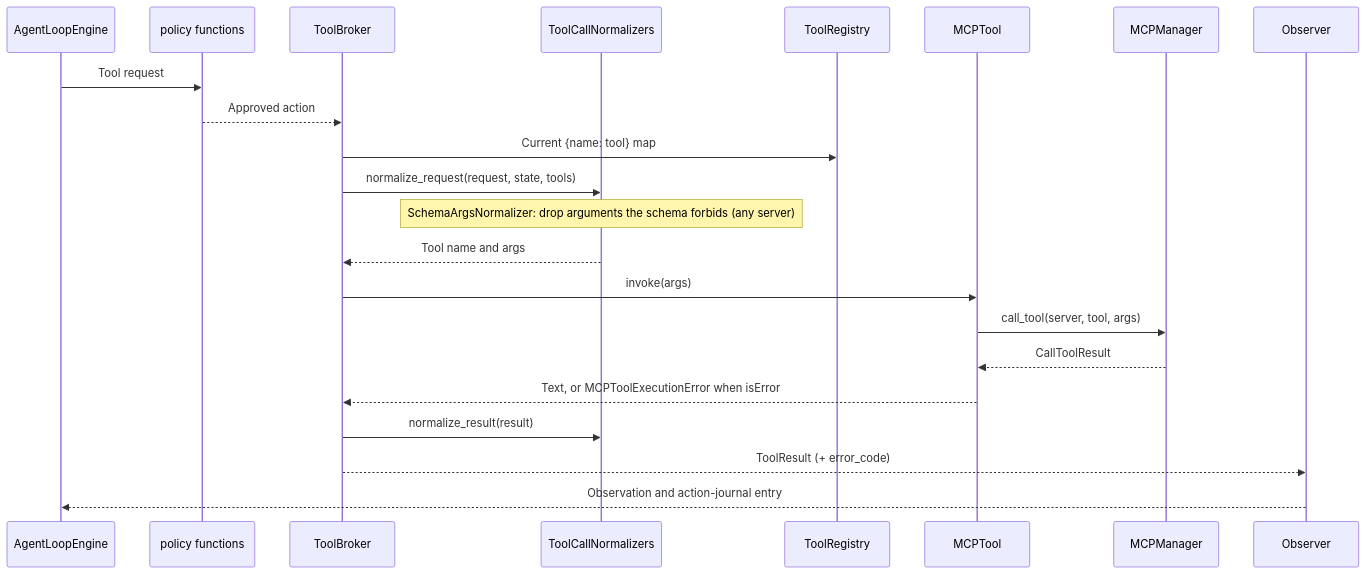
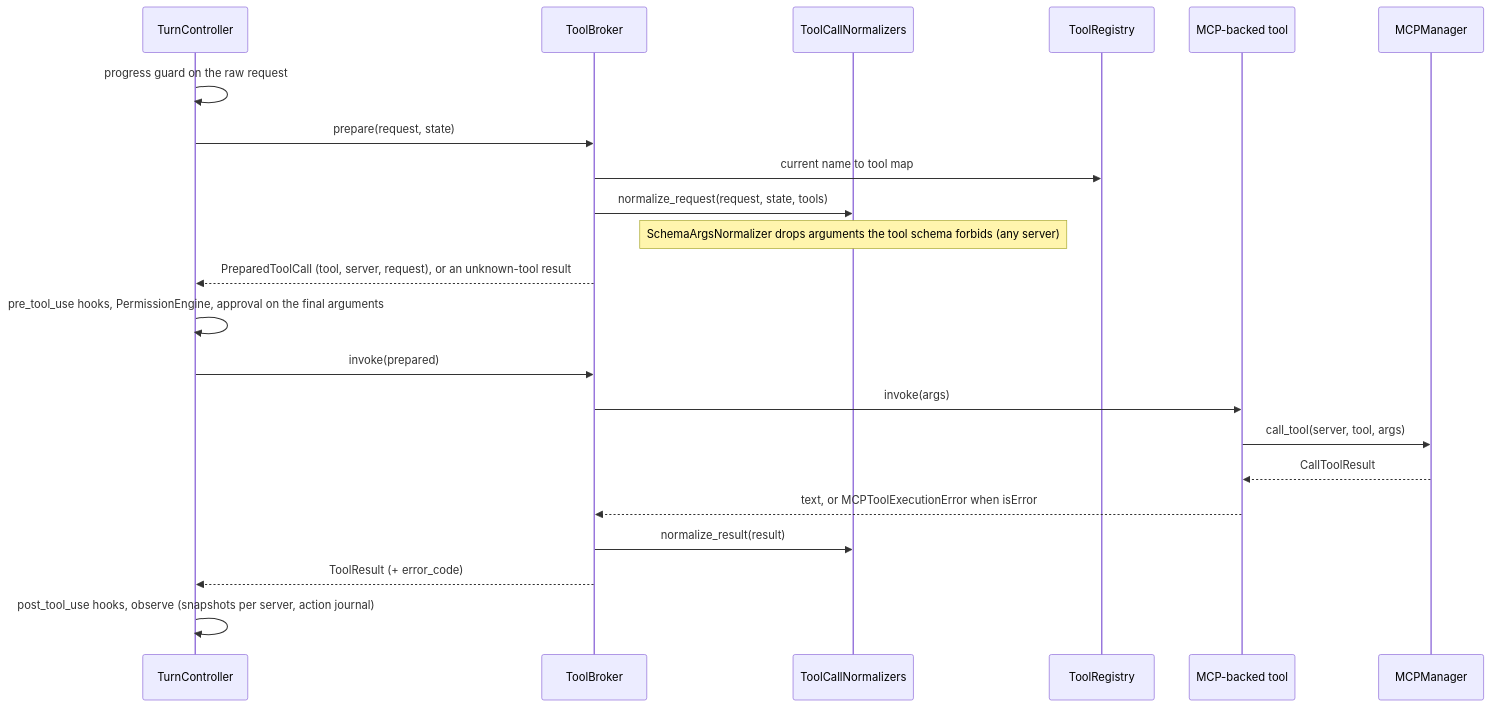
The diagram in docs/diagrams/browser-provider-boundary.md (Hastur456/AutoBrowser), drawn with Mermaid before and after one commit. The commit also changed other lines of this file and 11 other files, not shown here.

First line of the commit message:
docs(diagrams): fix broken Mermaid diagrams and redraw the tangled ones

````diff
--- a/docs/diagrams/browser-provider-boundary.md
+++ b/docs/diagrams/browser-provider-boundary.md
@@ -8,25 +10,25 @@
 ```mermaid
 sequenceDiagram
-  participant Agent as AgentLoopEngine
-  participant Policy as policy functions
+  participant Engine as TurnController
   participant Broker as ToolBroker
   participant Norm as ToolCallNormalizers
   participant Registry as ToolRegistry
-  participant Tool as MCPTool
+  participant Tool as MCP-backed tool
   participant Manager as MCPManager
-  participant Observer
 
-  Agent->>Policy: Tool request
-  Policy-->>Broker: Approved action
-  Broker->>Registry: Current {name: tool} map
+  Engine->>Engine: progress guard on the raw request
+  Engine->>Broker: prepare(request, state)
+  Broker->>Registry: current name to tool map
   Broker->>Norm: normalize_request(request, state, tools)
-  Note over Norm: SchemaArgsNormalizer: drop arguments the schema forbids (any server)
-  Norm-->>Broker: Tool name and args
+  Note over Norm: SchemaArgsNormalizer drops arguments the tool schema forbids (any server)
+  Broker-->>Engine: PreparedToolCall (tool, server, request), or an unknown-tool result
+  Engine->>Engine: pre_tool_use hooks, PermissionEngine, approval on the final arguments
+  Engine->>Broker: invoke(prepared)
   Broker->>Tool: invoke(args)
   Tool->>Manager: call_tool(server, tool, args)
   Manager-->>Tool: CallToolResult
-  Tool-->>Broker: Text, or MCPToolExecutionError when isError
+  Tool-->>Broker: text, or MCPToolExecutionError when isError
   Broker->>Norm: normalize_result(result)
-  Broker-->>Observer: ToolResult (+ error_code)
-  Observer-->>Agent: Observation and action-journal entry
+  Broker-->>Engine: ToolResult (+ error_code)
+  Engine->>Engine: post_tool_use hooks, observe (snapshots per server, action journal)
 ```
````
